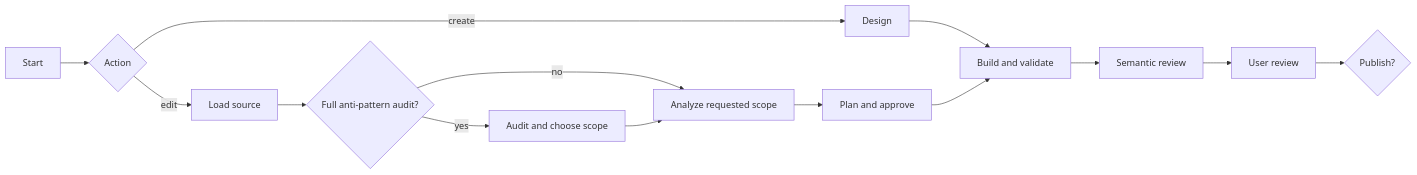
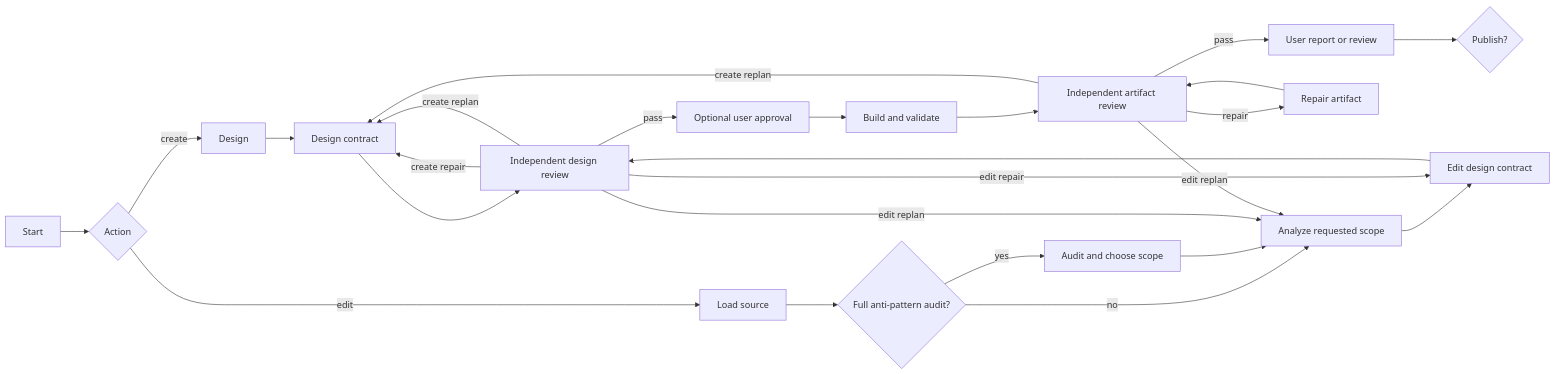
One commit to moira-mcp/moira changed diagram 13 of 13 in packages/docs/src/content/docs/docs/reference/workflow-templates.mdx. Above: the diagram before and after it, drawn with Mermaid. The commit also changed other lines of this file and 7 other files, not shown here.

````diff
--- a/packages/docs/src/content/docs/docs/reference/workflow-templates.mdx
+++ b/packages/docs/src/content/docs/docs/reference/workflow-templates.mdx
@@ -340,16 +340,27 @@
 ```mermaid
 flowchart LR
     A[Start] --> B{Action}
     B -->|create| C[Design]
     B -->|edit| D[Load source]
     D --> E{Full anti-pattern audit?}
     E -->|yes| F[Audit and choose scope]
     E -->|no| G[Analyze requested scope]
     F --> G
-    C --> H[Build and validate]
-    G --> I[Plan and approve]
-    I --> H
-    H --> J[Semantic review]
-    J --> K[User review]
-    K --> L{Publish?}
+    C --> H[Design contract]
+    G --> I[Edit design contract]
+    H --> J[Independent design review]
+    I --> J
+    J -->|create repair| H
+    J -->|edit repair| I
+    J -->|create replan| H
+    J -->|edit replan| G
+    J -->|pass| K[Optional user approval]
+    K --> L[Build and validate]
+    L --> M[Independent artifact review]
+    M -->|repair| P[Repair artifact]
+    P --> M
+    M -->|create replan| H
+    M -->|edit replan| G
+    M -->|pass| N[User report or review]
+    N --> O{Publish?}
 ```
````
